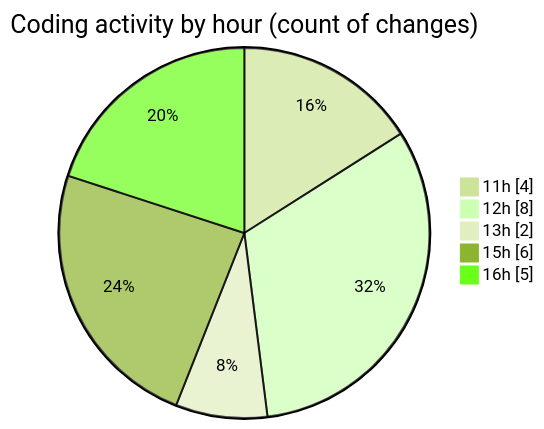
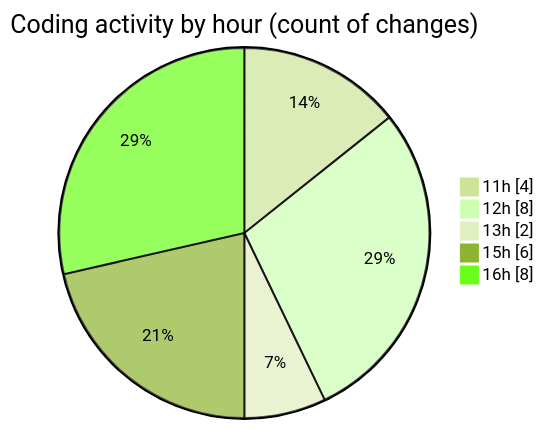
Before and after one commit to nxtqubesakshisongat/code-tracking: the second of 2 diagrams in 2026-01-14/nxtqube_webapp/README.md, drawn with Mermaid (forest theme). The commit also changed other lines of this file and 1 other file, not shown here.

````diff
--- a/2026-01-14/nxtqube_webapp/README.md
+++ b/2026-01-14/nxtqube_webapp/README.md
@@ -38,9 +40,9 @@
 ```mermaid
 pie showData
 title Coding activity by hour (count of changes)
 "11h" : 4
 "12h" : 8
 "13h" : 2
 "15h" : 6
-"16h" : 5
+"16h" : 8
 ```
````
